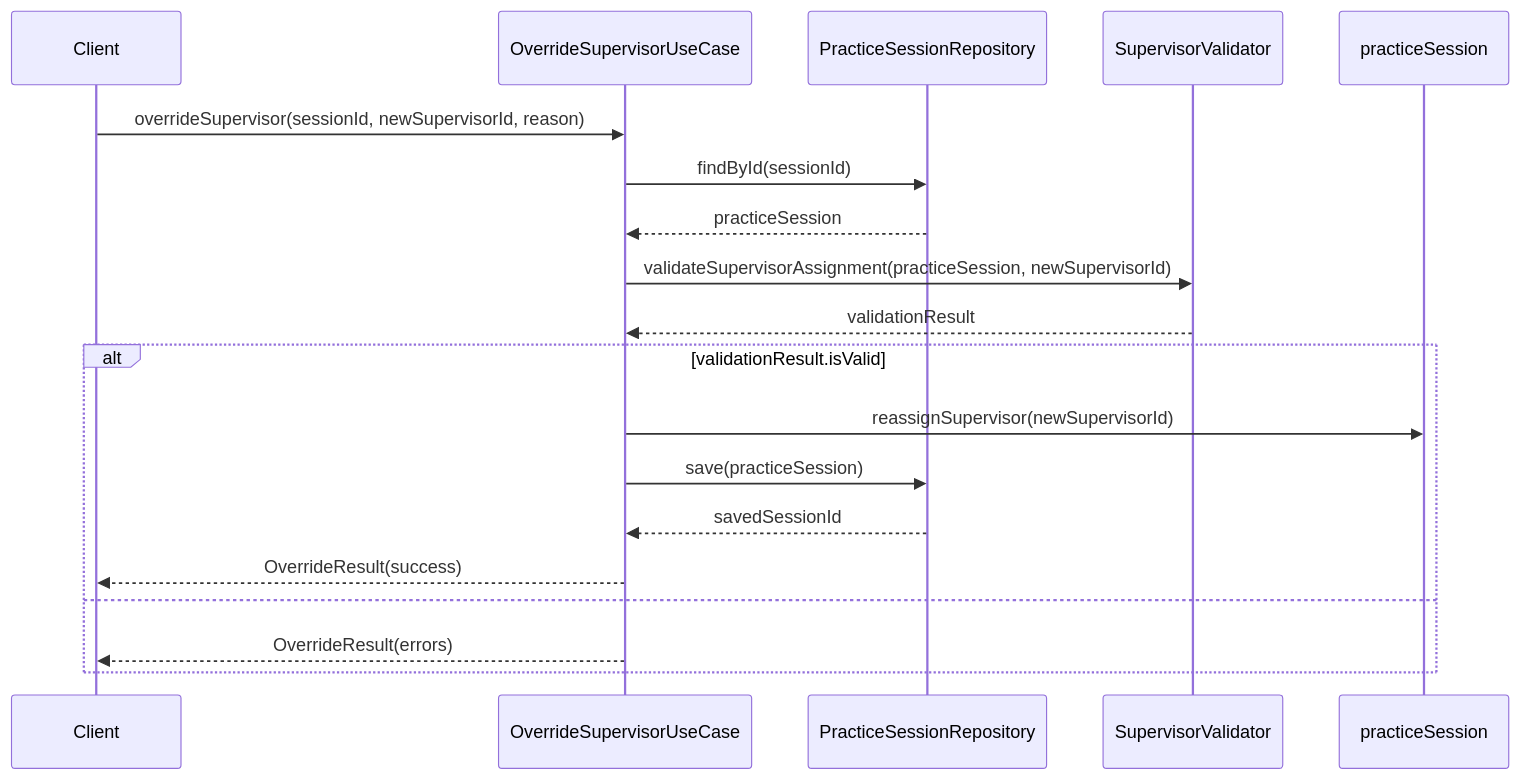
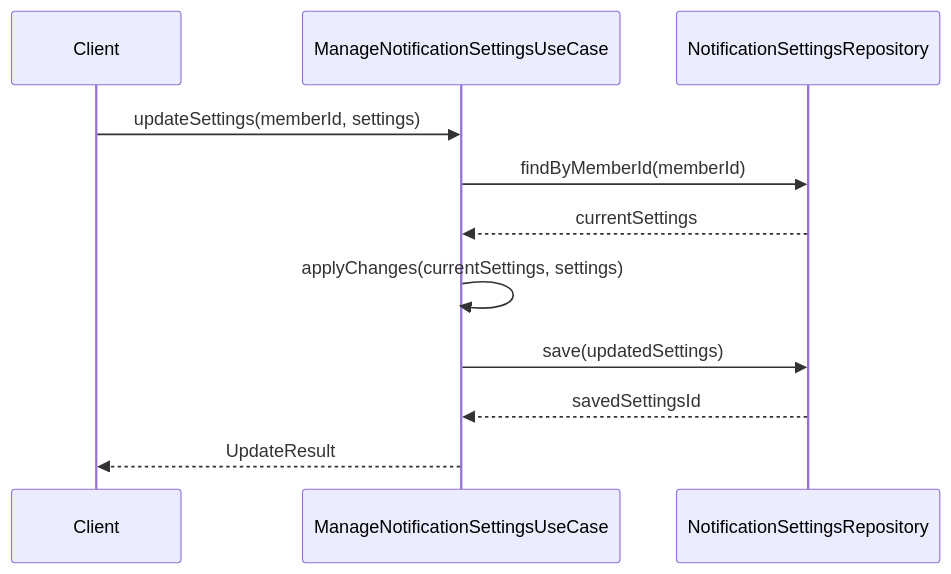
Before and after one commit to NowatariSoma/tomosigoto_nou_system: diagram 12 of 18 in 設計書/05_アプリケーション層.md, drawn with Mermaid. The commit also changed other lines of this file and 12 other files, not shown here.

````diff
--- a/設計書/05_アプリケーション層.md
+++ b/設計書/05_アプリケーション層.md
@@ -343,22 +413,14 @@
 ```mermaid
 sequenceDiagram
     participant Client
-    participant UseCase as OverrideSupervisorUseCase
-    participant Repository as PracticeSessionRepository
-    participant Validator as SupervisorValidator
+    participant UseCase as ManageNotificationSettingsUseCase
+    participant Repository as NotificationSettingsRepository
     
-    Client->>UseCase: overrideSupervisor(sessionId, newSupervisorId, reason)
-    UseCase->>Repository: findById(sessionId)
-    Repository-->>UseCase: practiceSession
-    UseCase->>Validator: validateSupervisorAssignment(practiceSession, newSupervisorId)
-    Validator-->>UseCase: validationResult
-    
-    alt validationResult.isValid
-        UseCase->>practiceSession: reassignSupervisor(newSupervisorId)
-        UseCase->>Repository: save(practiceSession)
-        Repository-->>UseCase: savedSessionId
-        UseCase-->>Client: OverrideResult(success)
-    else
-        UseCase-->>Client: OverrideResult(errors)
-    end
+    Client->>UseCase: updateSettings(memberId, settings)
+    UseCase->>Repository: findByMemberId(memberId)
+    Repository-->>UseCase: currentSettings
+    UseCase->>UseCase: applyChanges(currentSettings, settings)
+    UseCase->>Repository: save(updatedSettings)
+    Repository-->>UseCase: savedSettingsId
+    UseCase-->>Client: UpdateResult
 ```
````
